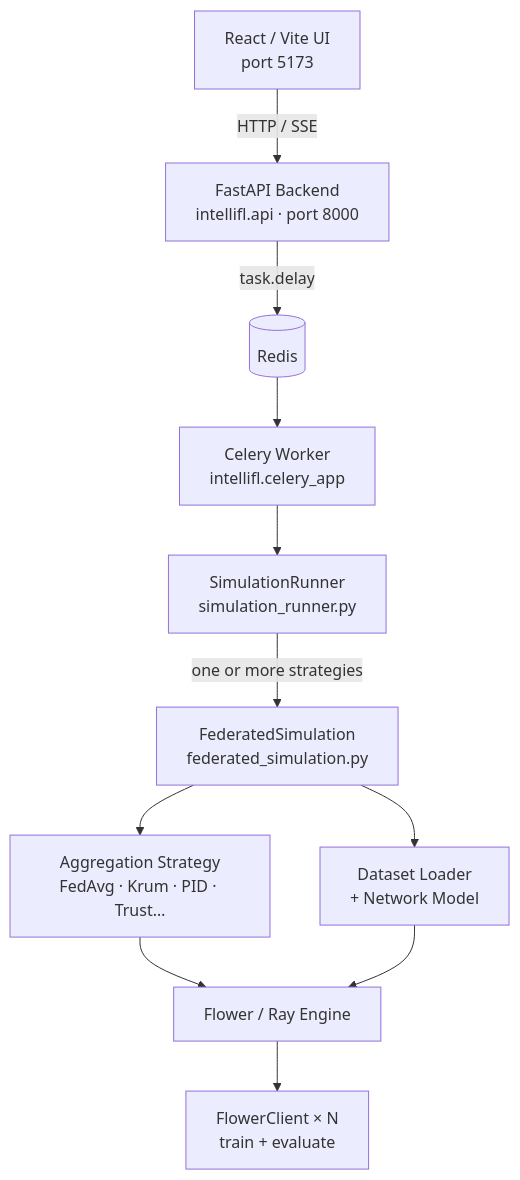
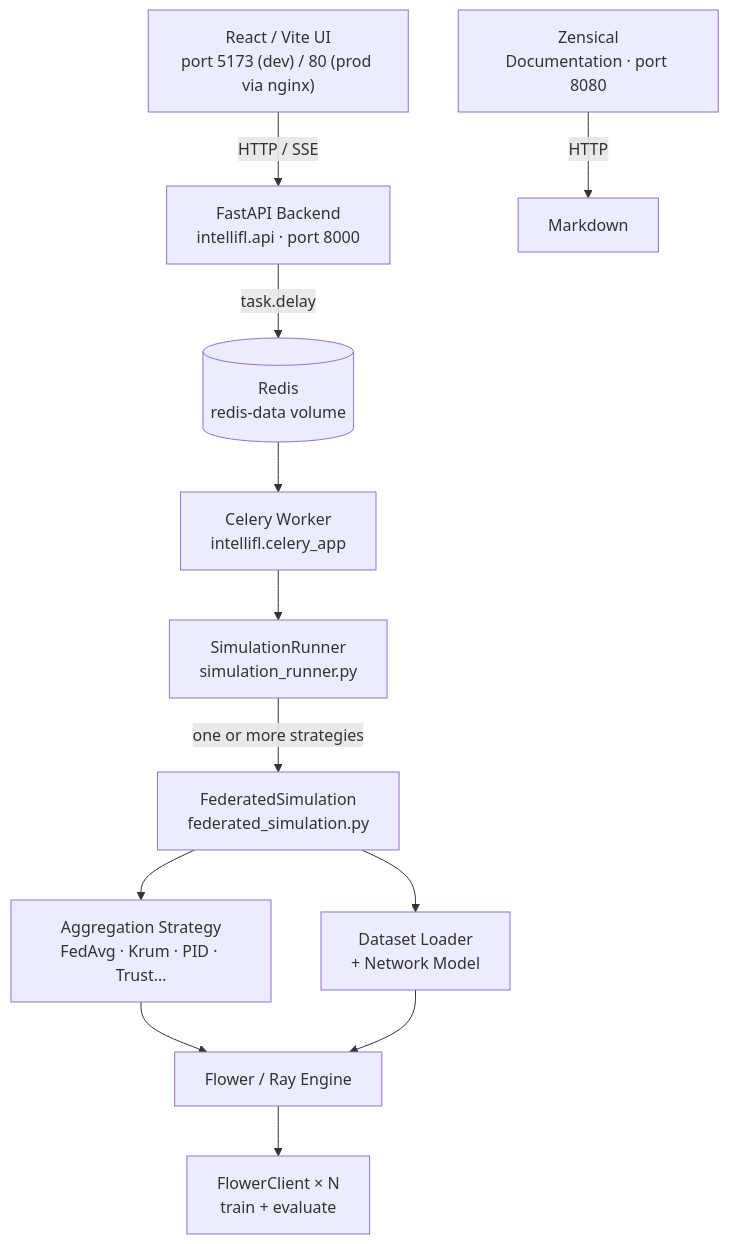
One commit to ajbarea/phalanx-fl changed the first of 3 diagrams in docs/architecture.md. Above: the diagram before and after it, drawn with Mermaid. The commit also changed other lines of this file and 6 other files, not shown here.

````diff
--- a/docs/architecture.md
+++ b/docs/architecture.md
@@ -5,24 +5,26 @@
 ```mermaid
 flowchart TD
-    UI["React / Vite UI<br/>port 5173"]
+    UI["React / Vite UI<br/>port 5173 (dev) / 80 (prod via nginx)"]
+    Docs["Zensical<br/>Documentation · port 8080"]
     API["FastAPI Backend<br/>intellifl.api · port 8000"]
-    Redis[(Redis)]
+    Redis[(Redis<br/>redis-data volume)]
     Celery["Celery Worker<br/>intellifl.celery_app"]
     SR["SimulationRunner<br/>simulation_runner.py"]
     FedSim["FederatedSimulation<br/>federated_simulation.py"]
     Strat["Aggregation Strategy<br/>FedAvg · Krum · PID · Trust…"]
     Data["Dataset Loader<br/>+ Network Model"]
     Flower["Flower / Ray Engine"]
     Clients["FlowerClient × N<br/>train + evaluate"]
 
     UI -->|HTTP / SSE| API
+    Docs -->|HTTP| Markdown
     API -->|task.delay| Redis
     Redis --> Celery
     Celery --> SR
     SR -->|one or more strategies| FedSim
     FedSim --> Strat
     FedSim --> Data
     Strat --> Flower
     Data --> Flower
     Flower --> Clients
 ```
````
